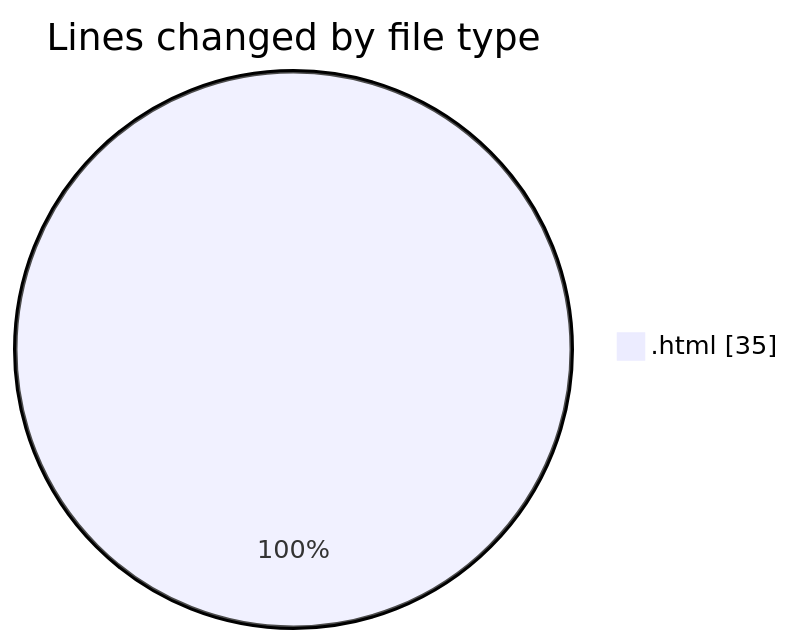
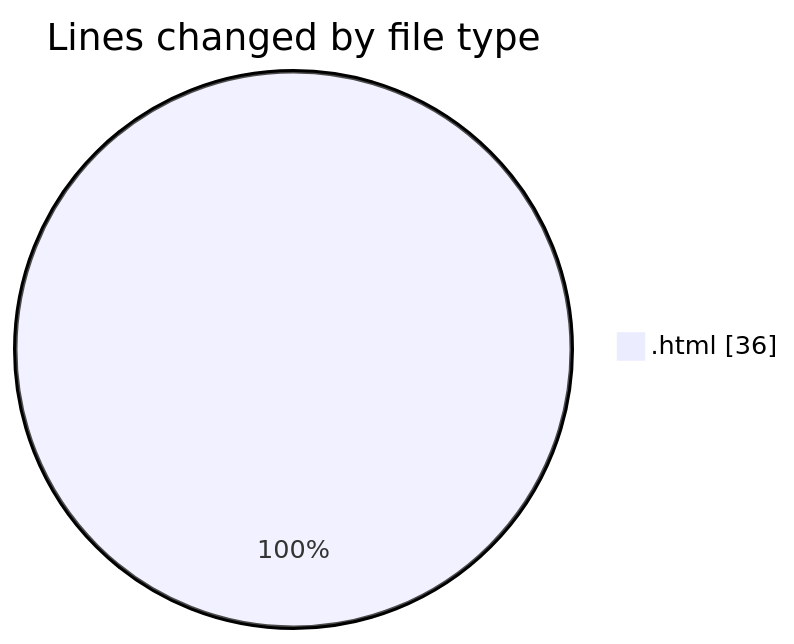
The first of 2 diagrams in 2025-06-28/horizon/README.md (vahidmafi/code-tracking), drawn with Mermaid before and after one commit. The commit also changed other lines of this file and 1 other file, not shown here.

````diff
--- a/2025-06-28/horizon/README.md
+++ b/2025-06-28/horizon/README.md
@@ -20,5 +20,5 @@
 ```mermaid
 pie showData
 title Lines changed by file type
-".html" : 35
+".html" : 36
 ```
````
